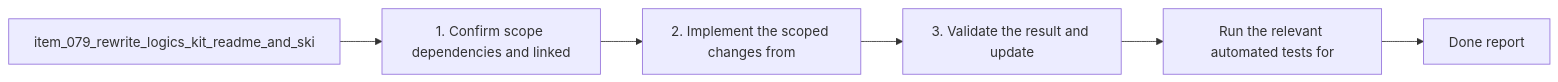
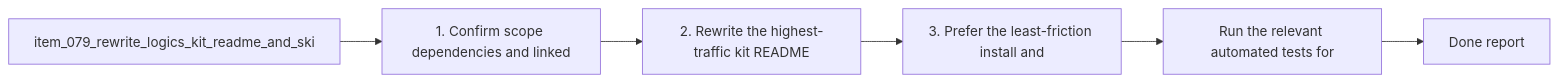
The diagram in logics/tasks/task_084_rewrite_logics_kit_readme_and_skill_examples_for_windows_safe_operator_paths.md (AlexAgo83/logics-manager), drawn with Mermaid before and after one commit. The commit also changed other lines of this file and 481 other files, not shown here.

````diff
--- a/logics/tasks/task_084_rewrite_logics_kit_readme_and_skill_examples_for_windows_safe_operator_paths.md
+++ b/logics/tasks/task_084_rewrite_logics_kit_readme_and_skill_examples_for_windows_safe_operator_paths.md
@@ -19,10 +20,10 @@
 ```mermaid
 %% logics-kind: task
 %% logics-signature: task|rewrite-logics-kit-readme-and-skill-exam|item-079-rewrite-logics-kit-readme-and-s|1-confirm-scope-dependencies-and-linked|run-the-relevant-automated-tests-for
 flowchart LR
     Backlog[item_079_rewrite_logics_kit_readme_and_ski] --> Step1[1. Confirm scope dependencies and linked]
-    Step1 --> Step2[2. Implement the scoped changes from]
-    Step2 --> Step3[3. Validate the result and update]
+    Step1 --> Step2[2. Rewrite the highest-traffic kit README]
+    Step2 --> Step3[3. Prefer the least-friction install and]
     Step3 --> Validation[Run the relevant automated tests for]
     Validation --> Report[Done report]
 ```
````
